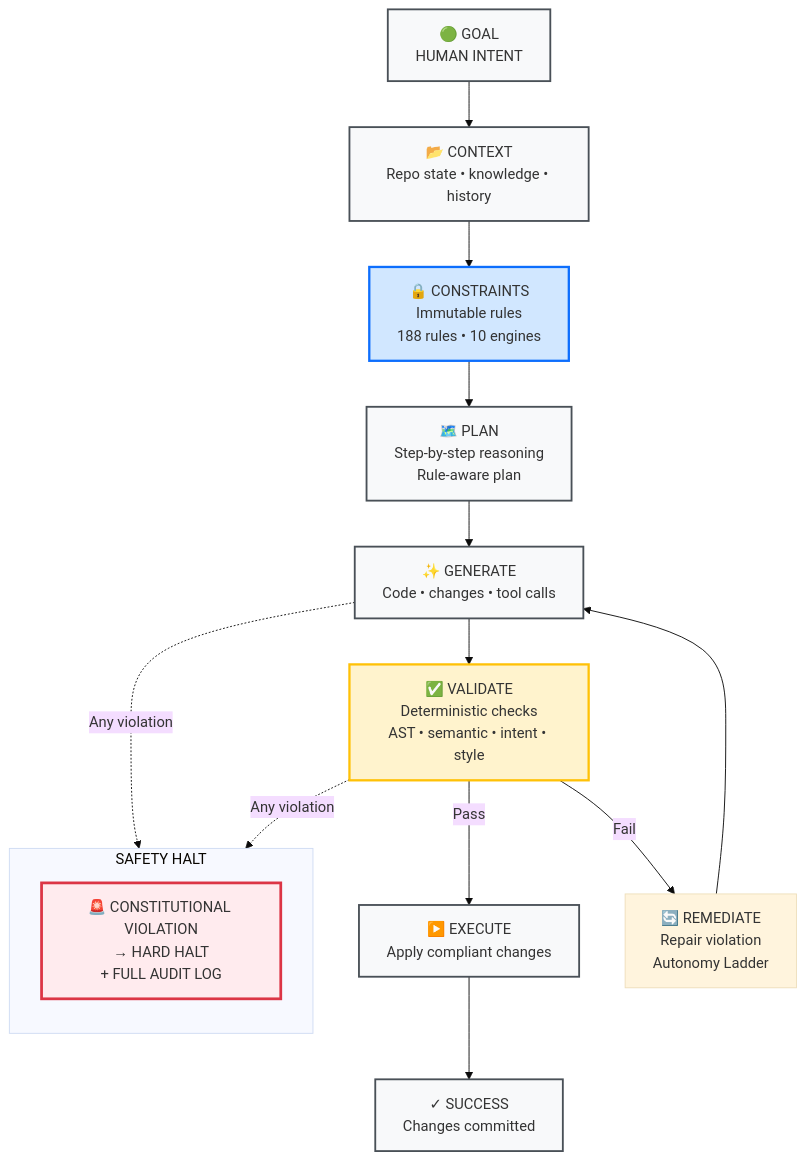
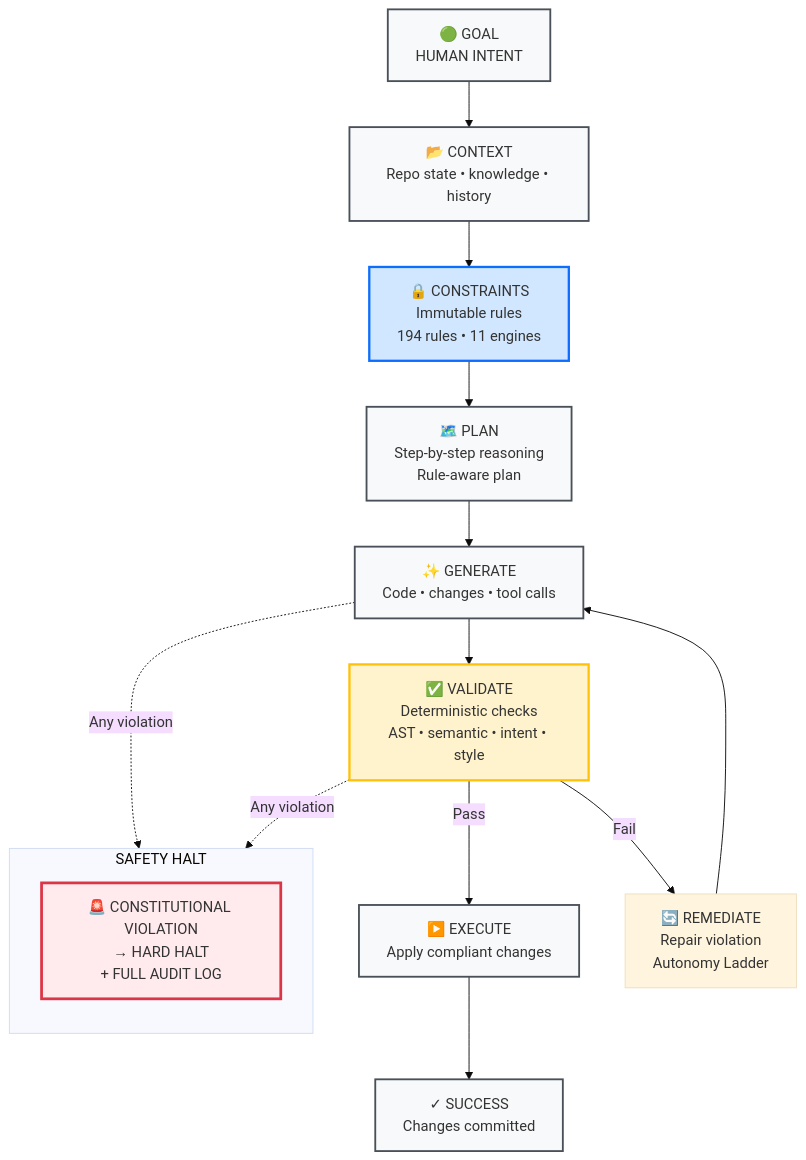
The diagram in README.md (DariuszNewecki/CORE), drawn with Mermaid (base theme) before and after one commit. The commit also changed other lines of this file and 1 other file, not shown here.

````diff
--- a/README.md
+++ b/README.md
@@ -127,30 +127,30 @@
 ```mermaid
 flowchart TD
     A["🟢 GOAL\nHUMAN INTENT"] --> B["📂 CONTEXT\nRepo state • knowledge • history"]
-    B --> C["🔒 CONSTRAINTS\nImmutable rules\n188 rules • 10 engines"]
+    B --> C["🔒 CONSTRAINTS\nImmutable rules\n194 rules • 11 engines"]
     C --> D["🗺️ PLAN\nStep-by-step reasoning\nRule-aware plan"]
     D --> E["✨ GENERATE\nCode • changes • tool calls"]
     E --> F["✅ VALIDATE\nDeterministic checks\nAST • semantic • intent • style"]
     F -->|Pass| G["▶️ EXECUTE\nApply compliant changes"]
     F -->|Fail| H["🔄 REMEDIATE\nRepair violation\nAutonomy Ladder"]
     H --> E
     G --> I["✓ SUCCESS\nChanges committed"]
 
     subgraph "SAFETY HALT"
         direction TB
         J["🚨 CONSTITUTIONAL VIOLATION\n→ HARD HALT\n+ FULL AUDIT LOG"]
     end
 
     E -.->|Any violation| J
     F -.->|Any violation| J
 
     classDef phase      fill:#f8f9fa,stroke:#495057,stroke-width:2px
     classDef constraint fill:#d1e7ff,stroke:#0d6efd,stroke-width:2.5px
     classDef validate   fill:#fff3cd,stroke:#ffc107,stroke-width:2.5px
     classDef halt       fill:#ffebee,stroke:#dc3545,stroke-width:3px
 
     class A,B,D,E,G,I phase
     class C constraint
     class F validate
     class J halt
 ```
````
